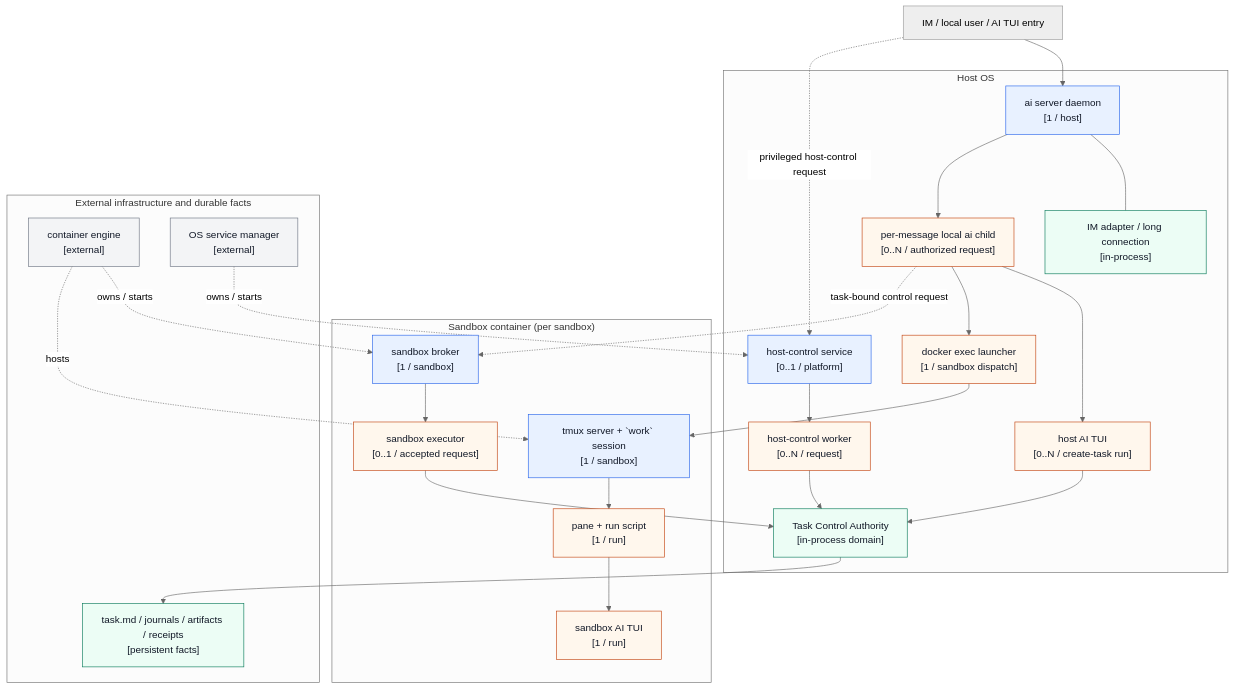
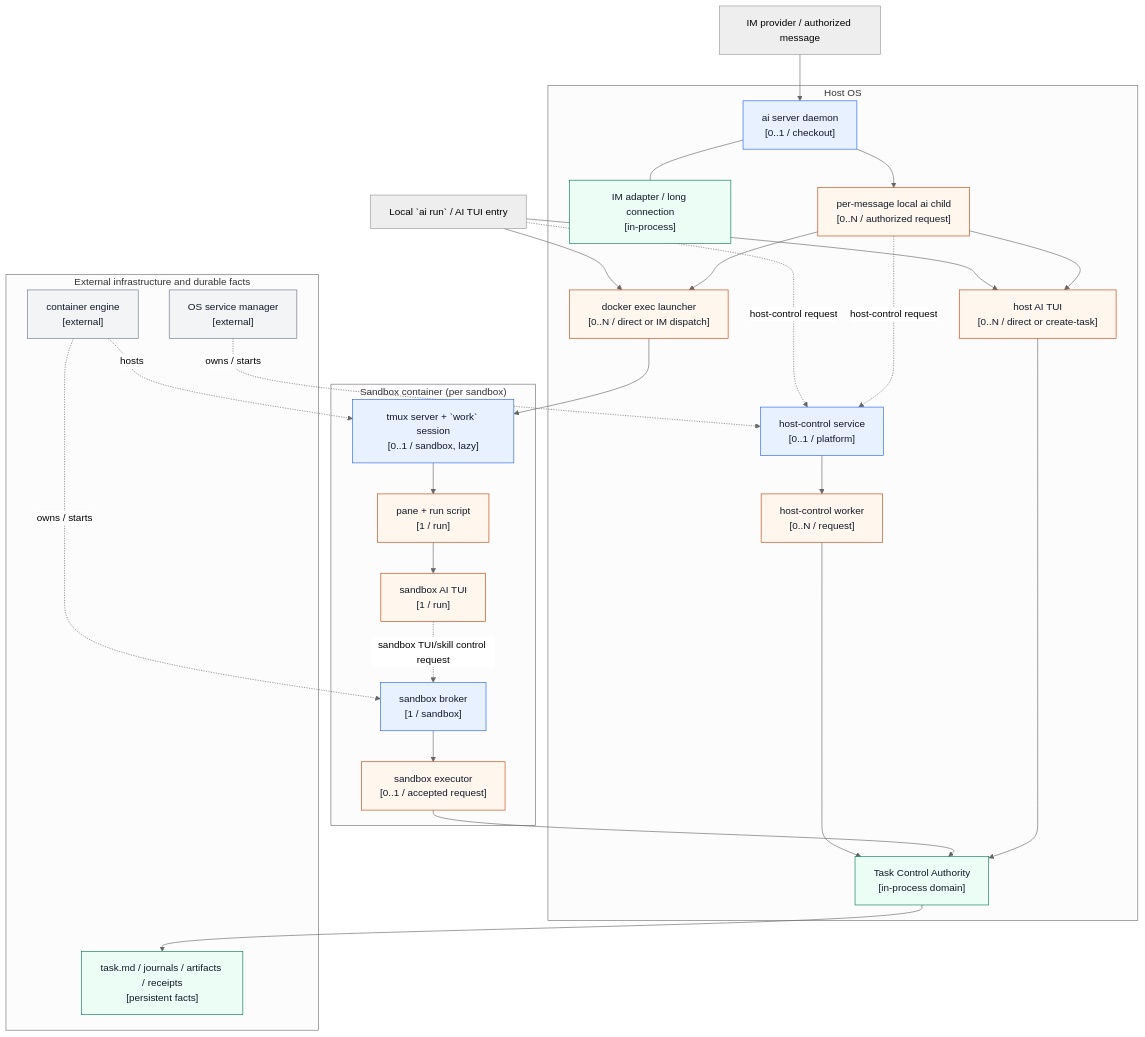
One commit to fitlab-ai/agent-infra changed the second of 2 diagrams in docs/en/architecture.md. Above: the diagram before and after it, drawn with Mermaid (neutral theme). The commit also changed other lines of this file and 1 other file, not shown here.

Commit message:
docs(architecture): clarify runtime entry and delivery routes

````diff
--- a/docs/en/architecture.md
+++ b/docs/en/architecture.md
@@ -48,50 +55,54 @@
 ```mermaid
 flowchart TB
   classDef process fill:#e8f1ff,stroke:#2563eb,color:#111827;
   classDef transient fill:#fff7ed,stroke:#c2410c,color:#111827;
   classDef domain fill:#ecfdf5,stroke:#047857,color:#111827;
   classDef infra fill:#f3f4f6,stroke:#6b7280,color:#111827;
 
-  U["IM / local user / AI TUI entry"]
+  IM["IM provider / authorized message"]
+  L["Local `ai run` / AI TUI entry"]
 
   subgraph H["Host OS"]
-    D["ai server daemon<br/>[1 / host]"]:::process
+    D["ai server daemon<br/>[0..1 / checkout]"]:::process
     A["IM adapter / long connection<br/>[in-process]"]:::domain
     C["per-message local ai child<br/>[0..N / authorized request]"]:::transient
-    HT["host AI TUI<br/>[0..N / create-task run]"]:::transient
+    HT["host AI TUI<br/>[0..N / direct or create-task]"]:::transient
     HC["host-control service<br/>[0..1 / platform]"]:::process
     HW["host-control worker<br/>[0..N / request]"]:::transient
-    DX["docker exec launcher<br/>[1 / sandbox dispatch]"]:::transient
+    DX["docker exec launcher<br/>[0..N / direct or IM dispatch]"]:::transient
     TA["Task Control Authority<br/>[in-process domain]"]:::domain
   end
 
   subgraph S["Sandbox container (per sandbox)"]
     B["sandbox broker<br/>[1 / sandbox]"]:::process
     E["sandbox executor<br/>[0..1 / accepted request]"]:::transient
-    TM["tmux server + `work` session<br/>[1 / sandbox]"]:::process
+    TM["tmux server + `work` session<br/>[0..1 / sandbox, lazy]"]:::process
     P["pane + run script<br/>[1 / run]"]:::transient
     ST["sandbox AI TUI<br/>[1 / run]"]:::transient
   end
 
   subgraph X["External infrastructure and durable facts"]
     ENG["container engine<br/>[external]"]:::infra
     SM["OS service manager<br/>[external]"]:::infra
     STATE["task.md / journals / artifacts / receipts<br/>[persistent facts]"]:::domain
   end
 
-  U --> D
+  IM --> D
   D --- A
   D --> C
+  L --> HT
+  L --> DX
   C --> HT
   C --> DX
-  U -. privileged host-control request .-> HC
+  L -. host-control request .-> HC
+  C -. host-control request .-> HC
   HC --> HW --> TA
   DX --> TM --> P --> ST
-  C -. task-bound control request .-> B
+  ST -. sandbox TUI/skill control request .-> B
   B --> E --> TA
   HT --> TA
   TA --> STATE
   SM -. owns / starts .-> HC
   ENG -. owns / starts .-> B
   ENG -. hosts .-> TM
 ```
````
